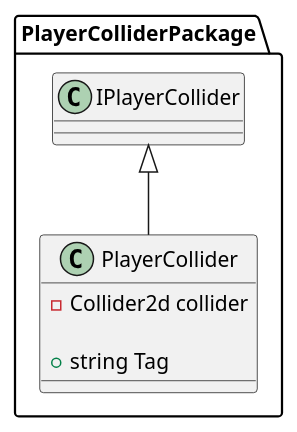
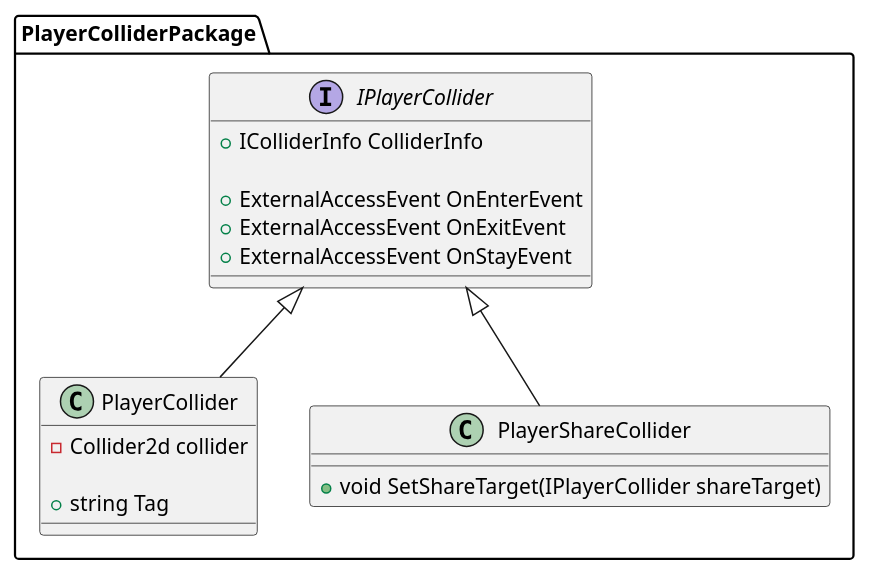
One commit to BREADloving/tekitou_uml changed the diagram in Player/PlayerCollider/PlayerCollider.pu. Above: the diagram before and after it, drawn with PlantUML. The commit also changed 6 other files, not shown here.

```diff
--- a/Player/PlayerCollider/PlayerCollider.pu
+++ b/Player/PlayerCollider/PlayerCollider.pu
@@ -1,12 +1,29 @@
 
 package PlayerColliderPackage
 {
+    interface IPlayerCollider
+    {
+        + IColliderInfo ColliderInfo
+        
+        + ExternalAccessEvent OnEnterEvent
+        + ExternalAccessEvent OnExitEvent
+        + ExternalAccessEvent OnStayEvent
+    }
+
     class PlayerCollider
     {
         -Collider2d collider 
 
         +string Tag
     }
 
+    
+    class PlayerShareCollider
+    {
+        + void SetShareTarget(IPlayerCollider shareTarget)
+    }
+    
+    IPlayerCollider <|-- PlayerShareCollider
+
     IPlayerCollider <|-- PlayerCollider
 }
```
